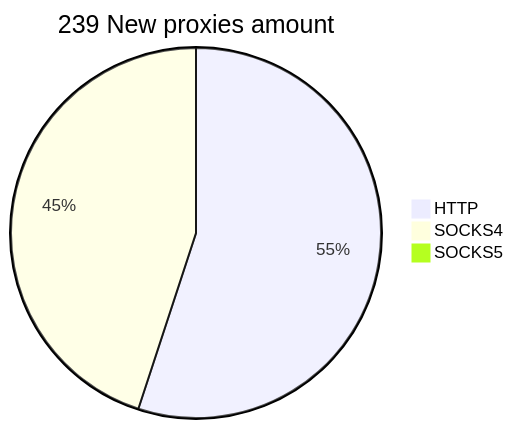
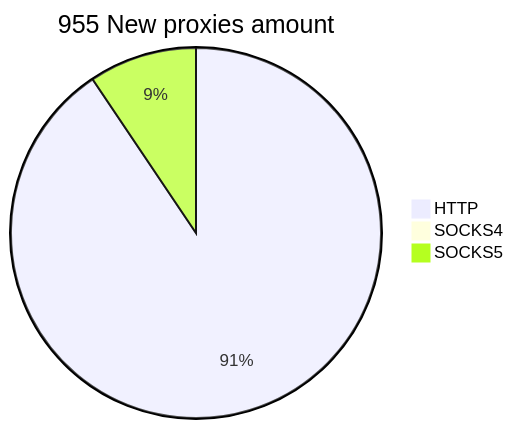
The second of 2 diagrams in README.md (cutipu/proxylist), drawn with Mermaid before and after one commit. The commit also changed other lines of this file, not shown here.

````diff
--- a/README.md
+++ b/README.md
@@ -10,6 +10,6 @@
 ```mermaid
-pie title 239 New proxies amount
-    "HTTP" : 131
-    "SOCKS4" : 107
-    "SOCKS5" : 1
+pie title 955 New proxies amount
+    "HTTP" : 865
+    "SOCKS4" : 0
+    "SOCKS5" : 90
 ```
````
